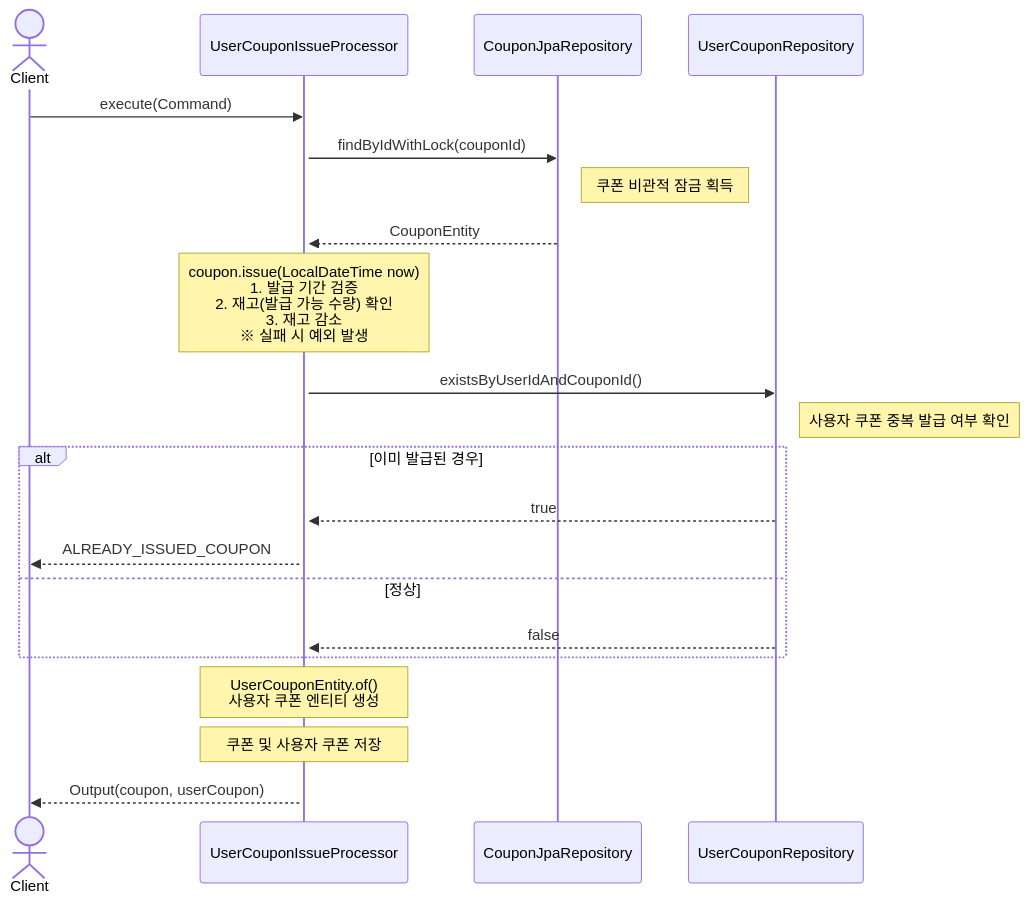
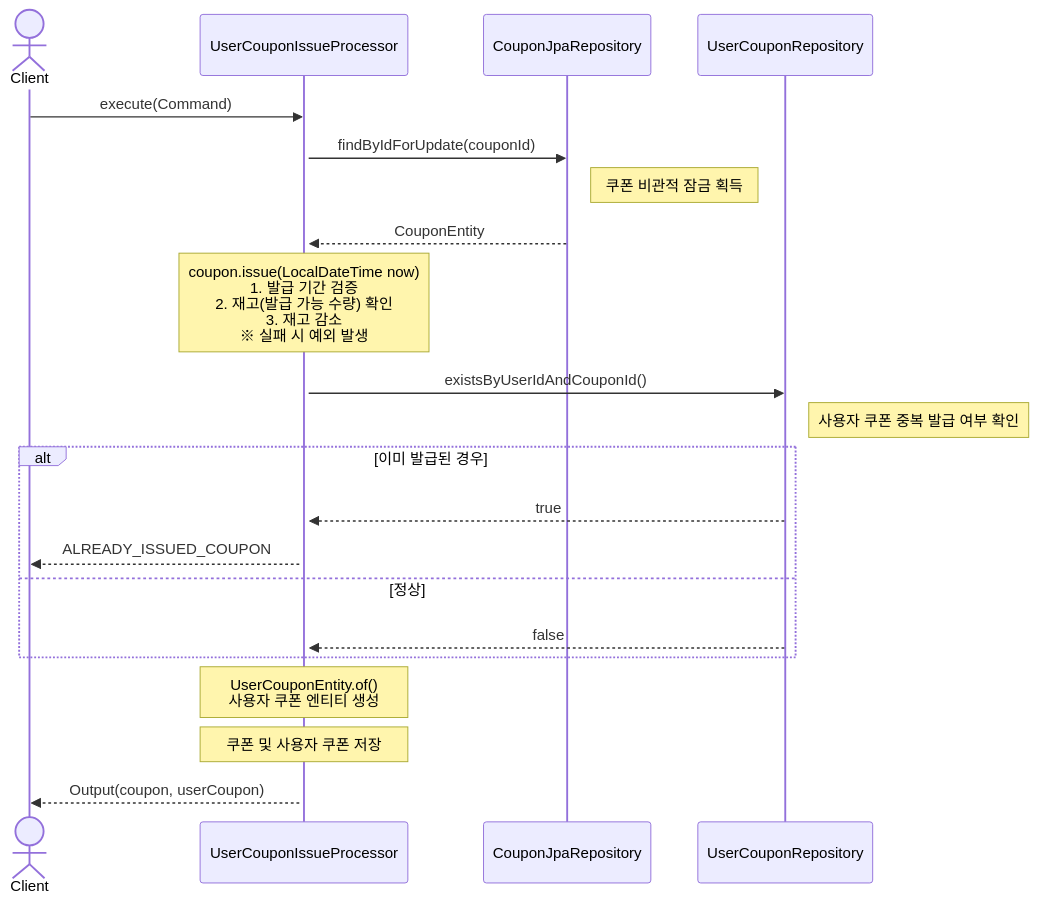
One commit to jongwanra/commerce changed the first of 3 diagrams in docs/sequence_diagram.md. Above: the diagram before and after it, drawn with Mermaid. The commit also changed other lines of this file and 14 other files, not shown here.

````diff
--- a/docs/sequence_diagram.md
+++ b/docs/sequence_diagram.md
@@ -10,26 +10,26 @@
 ```mermaid
 sequenceDiagram
     actor Client
     participant Processor as UserCouponIssueProcessor
     participant CouponRepo as CouponJpaRepository
     participant UserCouponRepo as UserCouponRepository
     Client ->> Processor: execute(Command)
     activate Processor
-    Processor ->> CouponRepo: findByIdWithLock(couponId)
+    Processor ->> CouponRepo: findByIdForUpdate(couponId)
     Note right of CouponRepo: 쿠폰 비관적 잠금 획득
     CouponRepo -->> Processor: CouponEntity
     Note over Processor: coupon.issue(LocalDateTime now)<br/>1. 발급 기간 검증<br/>2. 재고(발급 가능 수량) 확인<br/>3. 재고 감소<br/>※ 실패 시 예외 발생
     Processor ->> UserCouponRepo: existsByUserIdAndCouponId()
     Note right of UserCouponRepo: 사용자 쿠폰 중복 발급 여부 확인
 
     alt 이미 발급된 경우
         UserCouponRepo -->> Processor: true
         Processor -->> Client: ALREADY_ISSUED_COUPON
     else 정상
         UserCouponRepo -->> Processor: false
     end
 
     Note over Processor: UserCouponEntity.of()<br/>사용자 쿠폰 엔티티 생성
     Note over Processor: 쿠폰 및 사용자 쿠폰 저장
     Processor -->> Client: Output(coupon, userCoupon)
 ```
````
